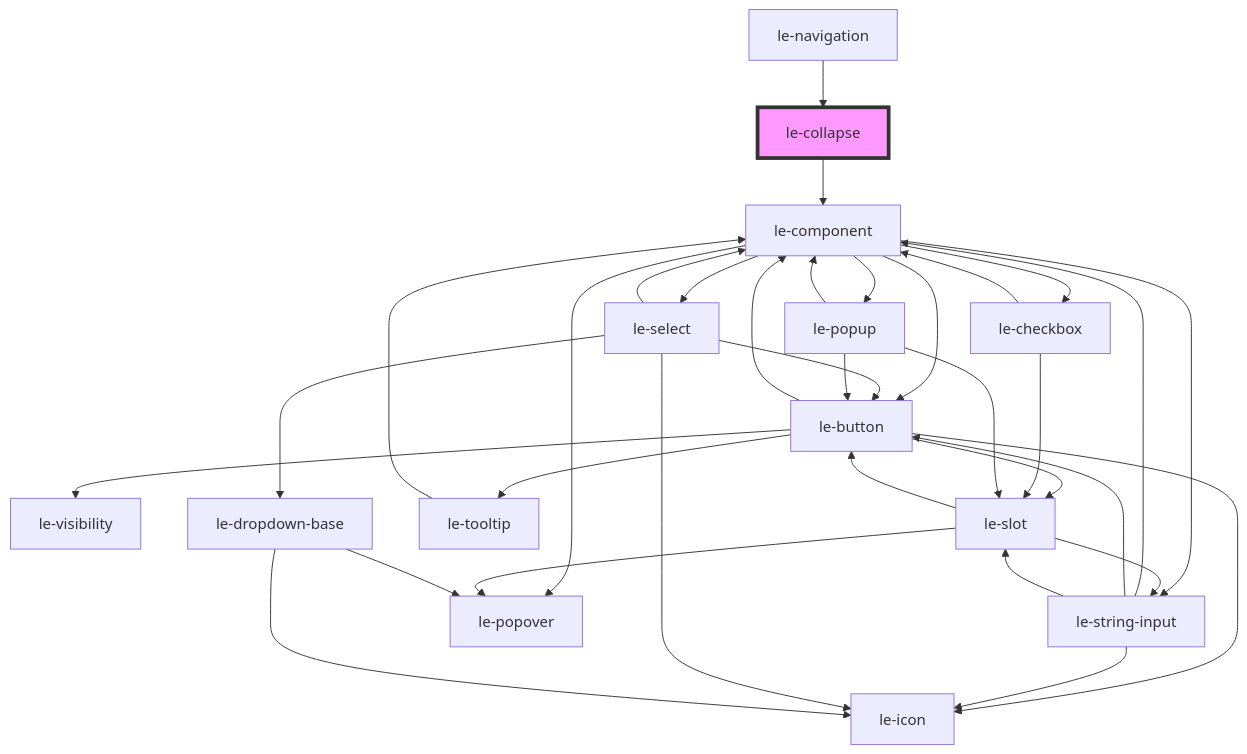
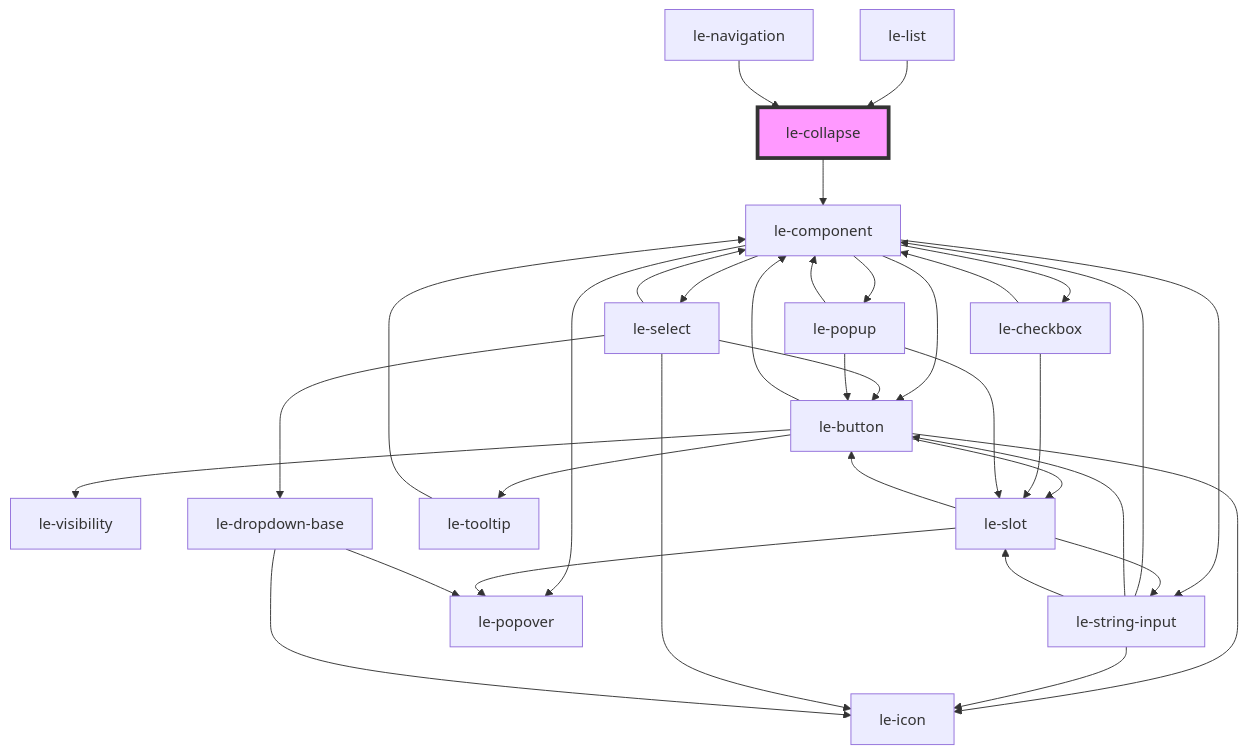
One commit to leechy/le-kit changed the diagram in packages/core/src/components/le-collapse/readme.md. Above: the diagram before and after it, drawn with Mermaid. The commit also changed other lines of this file and 8 other files, not shown here.

````diff
--- a/packages/core/src/components/le-collapse/readme.md
+++ b/packages/core/src/components/le-collapse/readme.md
@@ -50,36 +51,37 @@
 ```mermaid
 graph TD;
   le-collapse --> le-component
   le-component --> le-button
   le-component --> le-select
   le-component --> le-checkbox
   le-component --> le-string-input
   le-component --> le-popover
   le-component --> le-popup
   le-button --> le-icon
   le-button --> le-visibility
   le-button --> le-slot
   le-button --> le-component
   le-button --> le-tooltip
   le-slot --> le-popover
   le-slot --> le-button
   le-slot --> le-string-input
   le-string-input --> le-component
   le-string-input --> le-button
   le-string-input --> le-icon
   le-string-input --> le-slot
   le-tooltip --> le-component
   le-select --> le-icon
   le-select --> le-component
   le-select --> le-dropdown-base
   le-select --> le-button
   le-dropdown-base --> le-icon
   le-dropdown-base --> le-popover
   le-checkbox --> le-component
   le-checkbox --> le-slot
   le-popup --> le-slot
   le-popup --> le-button
   le-popup --> le-component
+  le-list --> le-collapse
   le-navigation --> le-collapse
   style le-collapse fill:#f9f,stroke:#333,stroke-width:4px
 ```
````
